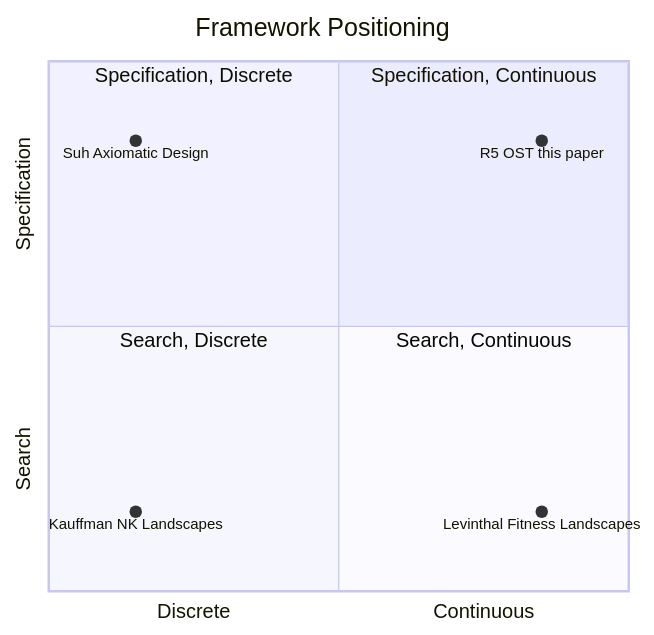
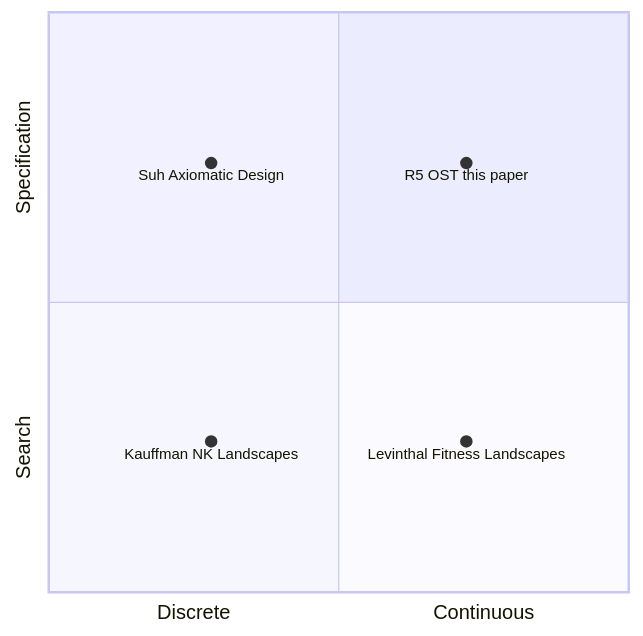
Before and after one commit to spectralbranding/sbt-papers: the third of 3 diagrams in r5-specification-impossibility/paper.md, drawn with Mermaid. The commit also changed other lines of this file and 65 other files, not shown here.

````diff
--- a/r5-specification-impossibility/paper.md
+++ b/r5-specification-impossibility/paper.md
@@ -528,14 +528,9 @@
-```mermaid
+```{.mermaid width="60%"}
 quadrantChart
-    title Framework Positioning
     x-axis Discrete --> Continuous
     y-axis Search --> Specification
-    quadrant-1 Specification, Continuous
-    quadrant-2 Specification, Discrete
-    quadrant-3 Search, Discrete
-    quadrant-4 Search, Continuous
-    R5 OST this paper: [0.85, 0.85]
-    Suh Axiomatic Design: [0.15, 0.85]
-    Kauffman NK Landscapes: [0.15, 0.15]
-    Levinthal Fitness Landscapes: [0.85, 0.15]
+    R5 OST this paper: [0.72, 0.74]
+    Suh Axiomatic Design: [0.28, 0.74]
+    Kauffman NK Landscapes: [0.28, 0.26]
+    Levinthal Fitness Landscapes: [0.72, 0.26]
 ```
````
